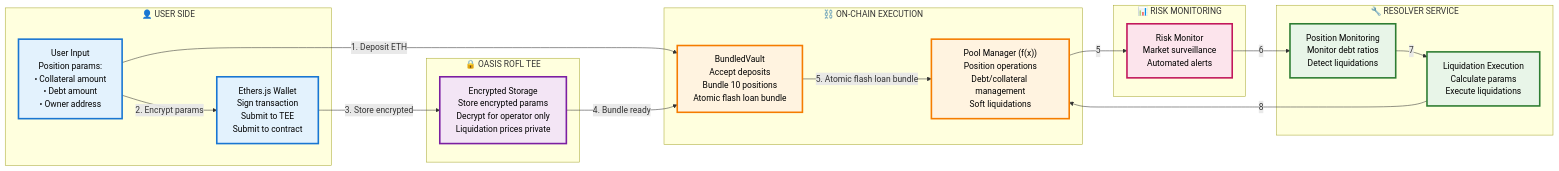
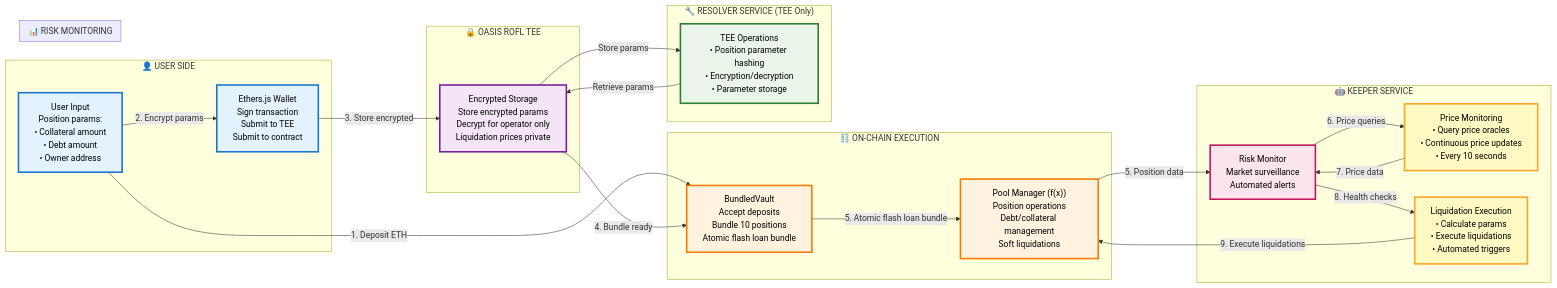
One commit to arseneeth/shayd changed the fifth of 5 diagrams in mermaid/shadow-splitter-v2.md. Above: the diagram before and after it, drawn with Mermaid. The commit also changed other lines of this file and 18 other files, not shown here.

````diff
--- a/mermaid/shadow-splitter-v2.md
+++ b/mermaid/shadow-splitter-v2.md
@@ -164,51 +178,63 @@
 ```mermaid
 graph LR
     subgraph USER["👤 USER SIDE"]
         A["User Input<br/>Position params:<br/>• Collateral amount<br/>• Debt amount<br/>• Owner address"]
         B["Ethers.js Wallet<br/>Sign transaction<br/>Submit to TEE<br/>Submit to contract"]
     end
     
     subgraph TEE["🔒 OASIS ROFL TEE"]
         C["Encrypted Storage<br/>Store encrypted params<br/>Decrypt for operator only<br/>Liquidation prices private"]
     end
     
     subgraph ONCHAIN["⛓️ ON-CHAIN EXECUTION"]
         D["BundledVault<br/>Accept deposits<br/>Bundle 10 positions<br/>Atomic flash loan bundle"]
         E["Pool Manager (f(x))<br/>Position operations<br/>Debt/collateral management<br/>Soft liquidations"]
     end
     
-    subgraph RESOLVER["🔧 RESOLVER SERVICE"]
-        F["Position Monitoring<br/>Monitor debt ratios<br/>Detect liquidations"]
-        G["Liquidation Execution<br/>Calculate params<br/>Execute liquidations"]
+    subgraph RESOLVER["🔧 RESOLVER SERVICE (TEE Only)"]
+        F["TEE Operations<br/>• Position parameter hashing<br/>• Encryption/decryption<br/>• Parameter storage"]
+    end
+    
+    subgraph KEEPER["🤖 KEEPER SERVICE"]
+        G["Price Monitoring<br/>• Query price oracles<br/>• Continuous price updates<br/>• Every 10 seconds"]
+        H["Position Monitoring<br/>• Check position health<br/>• Detect liquidations<br/>• Every 30 seconds"]
+        I["Liquidation Execution<br/>• Calculate params<br/>• Execute liquidations<br/>• Automated triggers"]
     end
     
     subgraph MONITORING["📊 RISK MONITORING"]
         H["Risk Monitor<br/>Market surveillance<br/>Automated alerts"]
     end
     
     %% Main flow
     A -->|"1. Deposit ETH"| D
     A -->|"2. Encrypt params"| B
     B -->|"3. Store encrypted"| C
     C -->|"4. Bundle ready"| D
     D -->|"5. Atomic flash loan bundle"| E
     
     %% Monitoring flow
-    E -->|"5"| H
-    H -->|"6"| F
-    F -->|"7"| G
-    G -->|"8"| E
+    E -->|"5. Position data"| H
+    H -->|"6. Price queries"| G
+    G -->|"7. Price data"| H
+    H -->|"8. Health checks"| I
+    I -->|"9. Execute liquidations"| E
+    
+    %% Resolver flow (TEE operations)
+    C -->|"Store params"| F
+    F -->|"Retrieve params"| C
     
     %% Styling
     classDef userStyle fill:#e3f2fd,stroke:#1976d2,stroke-width:3px,color:#000
     classDef teeStyle fill:#f3e5f5,stroke:#7b1fa2,stroke-width:3px,color:#000
     classDef onchainStyle fill:#fff3e0,stroke:#f57c00,stroke-width:3px,color:#000
     classDef resolverStyle fill:#e8f5e8,stroke:#2e7d32,stroke-width:3px,color:#000
+    classDef keeperStyle fill:#fff9c4,stroke:#f9a825,stroke-width:3px,color:#000
     classDef monitoringStyle fill:#fce4ec,stroke:#c2185b,stroke-width:3px,color:#000
     
     class A,B userStyle
     class C teeStyle
     class D,E onchainStyle
-    class F,G resolverStyle
+    class F resolverStyle
+    class G,H,I keeperStyle
     class H monitoringStyle
 ```
````
